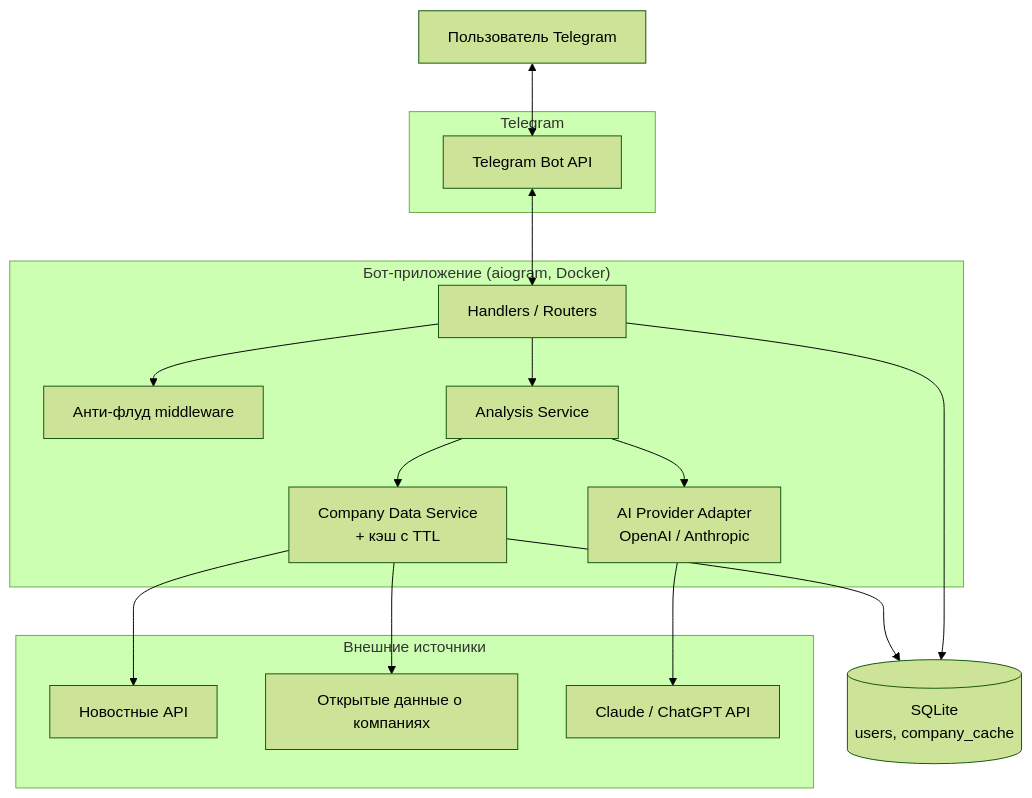
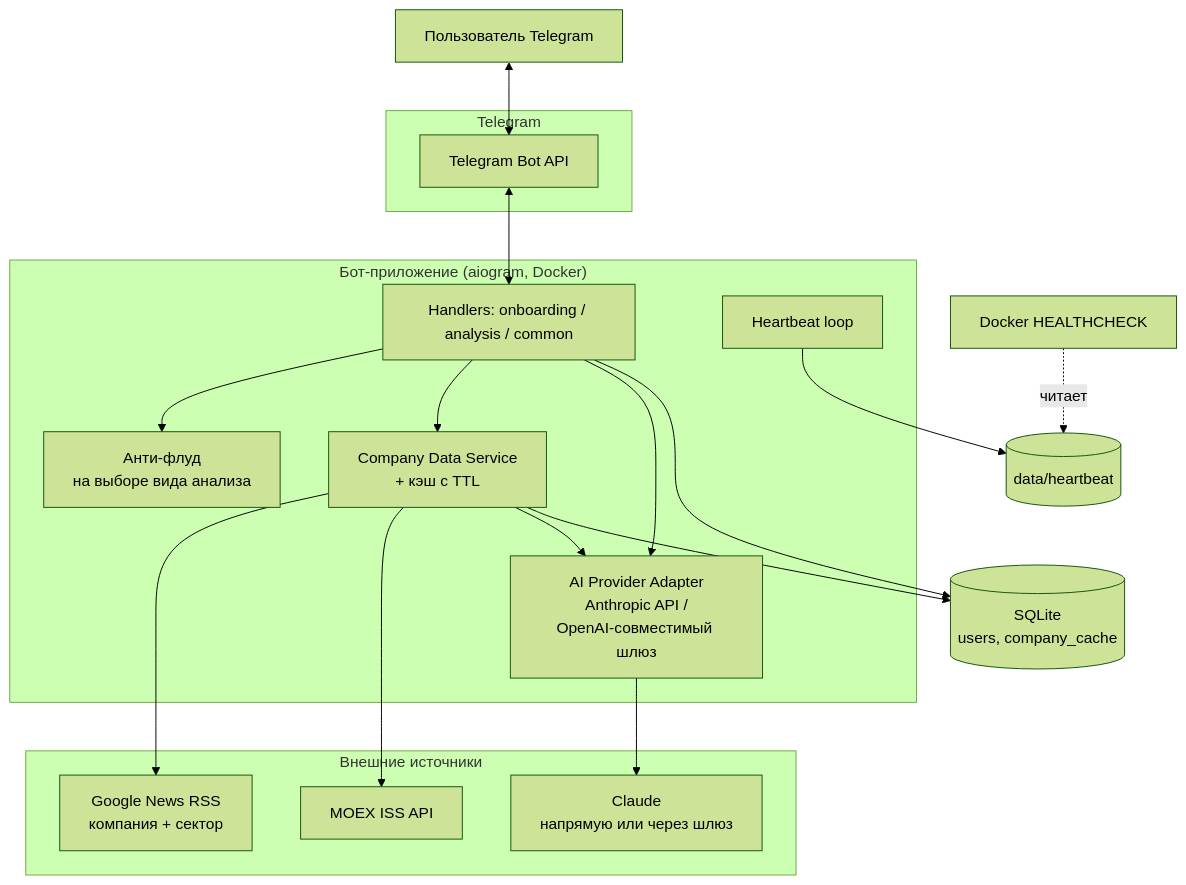
One commit to keshtoim/analysis_for_invest_bot changed the first of 5 diagrams in README.md. Above: the diagram before and after it, drawn with Mermaid (forest theme). The commit also changed other lines of this file, not shown here.

````diff
--- a/README.md
+++ b/README.md
@@ -47,36 +66,38 @@
 ```mermaid
 graph TD
     U[Пользователь Telegram]
 
     subgraph TG["Telegram"]
         API[Telegram Bot API]
     end
 
     subgraph APP["Бот-приложение (aiogram, Docker)"]
-        H[Handlers / Routers]
-        AF[Анти-флуд middleware]
-        AS[Analysis Service]
+        H[Handlers: onboarding / analysis / common]
+        AF[Анти-флуд<br/>на выборе вида анализа]
         CDS[Company Data Service<br/>+ кэш с TTL]
-        AIP[AI Provider Adapter<br/>OpenAI / Anthropic]
+        AIP[AI Provider Adapter<br/>Anthropic API /<br/>OpenAI-совместимый шлюз]
+        HB[Heartbeat loop]
     end
 
     subgraph EXT["Внешние источники"]
-        NEWS[Новостные API]
-        OPEN[Открытые данные о компаниях]
-        AI[Claude / ChatGPT API]
+        NEWS[Google News RSS<br/>компания + сектор]
+        MOEX[MOEX ISS API]
+        AI[Claude<br/>напрямую или через шлюз]
     end
 
     DB[(SQLite<br/>users, company_cache)]
 
     U <--> API
     API <--> H
     H --> AF
-    H --> AS
-    AS --> CDS
-    AS --> AIP
+    H --> CDS
+    H --> AIP
     CDS --> NEWS
-    CDS --> OPEN
+    CDS --> MOEX
+    CDS --> AIP
+    AIP --> AI
     CDS --> DB
-    AIP --> AI
     H --> DB
+    HB --> DB2[(data/heartbeat)]
+    HC[Docker HEALTHCHECK] -.читает.-> DB2
 ```
````
